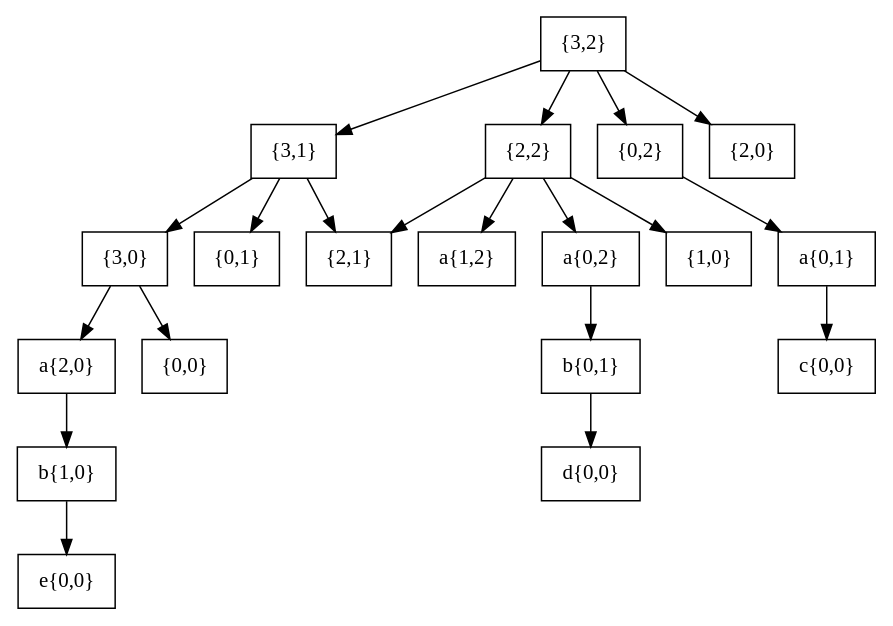
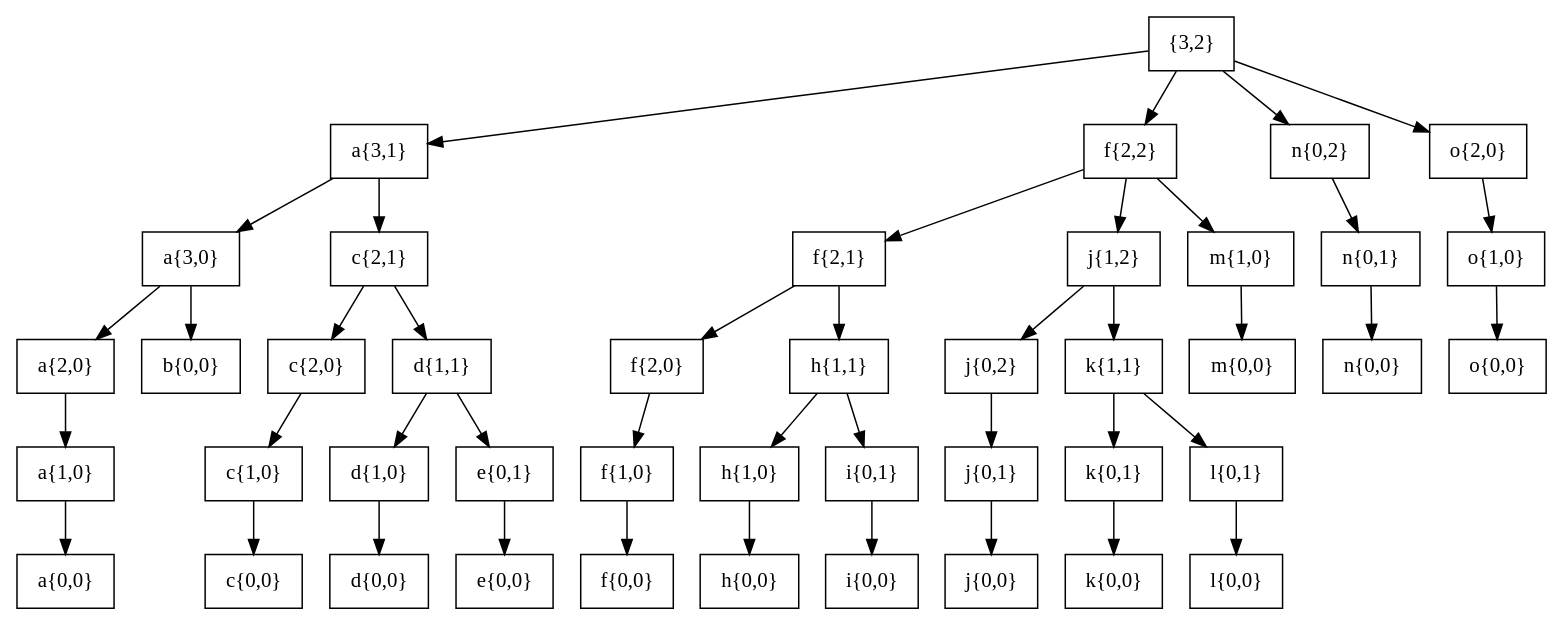
One commit to pangyouzhen/data-structure changed the diagram in base/dp/638_shoppingOffers.dot. Above: the diagram before and after it, drawn with Graphviz. The commit also changed 1 other file, not shown here.

```diff
--- a/base/dp/638_shoppingOffers.dot
+++ b/base/dp/638_shoppingOffers.dot
@@ -1,46 +1,23 @@
 digraph G {
     node [shape = "box",];
     {
     // 单个B [0,1]
-    "{3,2}" -> "{3,1}";
-    // 单个A [1,0]
-    "{3,2}" -> "{2,2}";
-    // 礼包C [3,0]
-    "{3,2}" -> "{0,2}";
-    // 礼包D [1,2]
-    "{3,2}" -> "{2,0}";
-    // 单个B [0,1]
-    "{3,1}" -> "{3,0}";
-    // 单个A [1,0]
-    "{3,1}" -> "{2,1}";
-    // 礼包C [3,0]
-    "{3,1}" -> "{0,1}";
-    // 礼包D [1,2]
- // 小于0 不考虑
- // 单个A [1,0]
-   "{2,2}" -> "a{1,2}";
-    "{2,2}" -> "a{0,2}";
-    "a{0,2}" -> "b{0,1}";
-    "b{0,1}" -> "d{0,0}";
-    //  单个B [0,1]
-    "{2,2}" -> "{2,1}"
-    //    礼包C [3,0]
- //小于0 "{2,2}" -> {}
- // 礼包D [1,2]
-    "{2,2}" -> "{1,0}"
-    //   礼包A [1,0]
- // 小于0   "{0,2}" ->
- //    礼包B [0,1]
-    "{0,2}" -> "a{0,1}";
-    "a{0,1}" -> "c{0,0}"
-    //   礼包C []
- //    小于0
- //    礼包D []
- // 小于0
-    "{3,0}" -> "a{2,0}";
-    "{3,0}" -> "{0,0}"
-    "a{2,0}" -> "b{1,0}";
-    "b{1,0}" -> "e{0,0}"
-
+    "{3,2}" -> "a{3,1}" -> "a{3,0}" -> "a{2,0}" -> "a{1,0}" -> "a{0,0}";
+    "a{3,0}" -> "b{0,0}";
+    "a{3,1}" -> "c{2,1}" -> "c{2,0}" -> "c{1,0}" -> "c{0,0}";
+    "c{2,1}" -> "d{1,1}" -> "d{1,0}" -> "d{0,0}";
+    "d{1,1}" -> "e{0,1}" -> "e{0,0}";
+    //    单个A [1,0]
+    "{3,2}" -> "f{2,2}" -> "f{2,1}" -> "f{2,0}" -> "f{1,0}" -> "f{0,0}";
+    "f{2,1}" -> "h{1,1}" -> "h{1,0}" -> "h{0,0}";
+    "h{1,1}" -> "i{0,1}" -> "i{0,0}";
+    "f{2,2}" -> "j{1,2}" -> "j{0,2}" -> "j{0,1}" -> "j{0,0}";
+    "j{1,2}" -> "k{1,1}" -> "k{0,1}" -> "k{0,0}";
+    "k{1,1}" -> "l{0,1}" -> "l{0,0}";
+    "f{2,2}" -> "m{1,0}" -> "m{0,0}";
+    //    单个礼包C [3,0]
+    "{3,2}" -> "n{0,2}" -> "n{0,1}" -> "n{0,0}";
+    //    单个礼包D [1,2]
+    "{3,2}" -> "o{2,0}" -> "o{1,0}" -> "o{0,0}";
     }
 }
```
